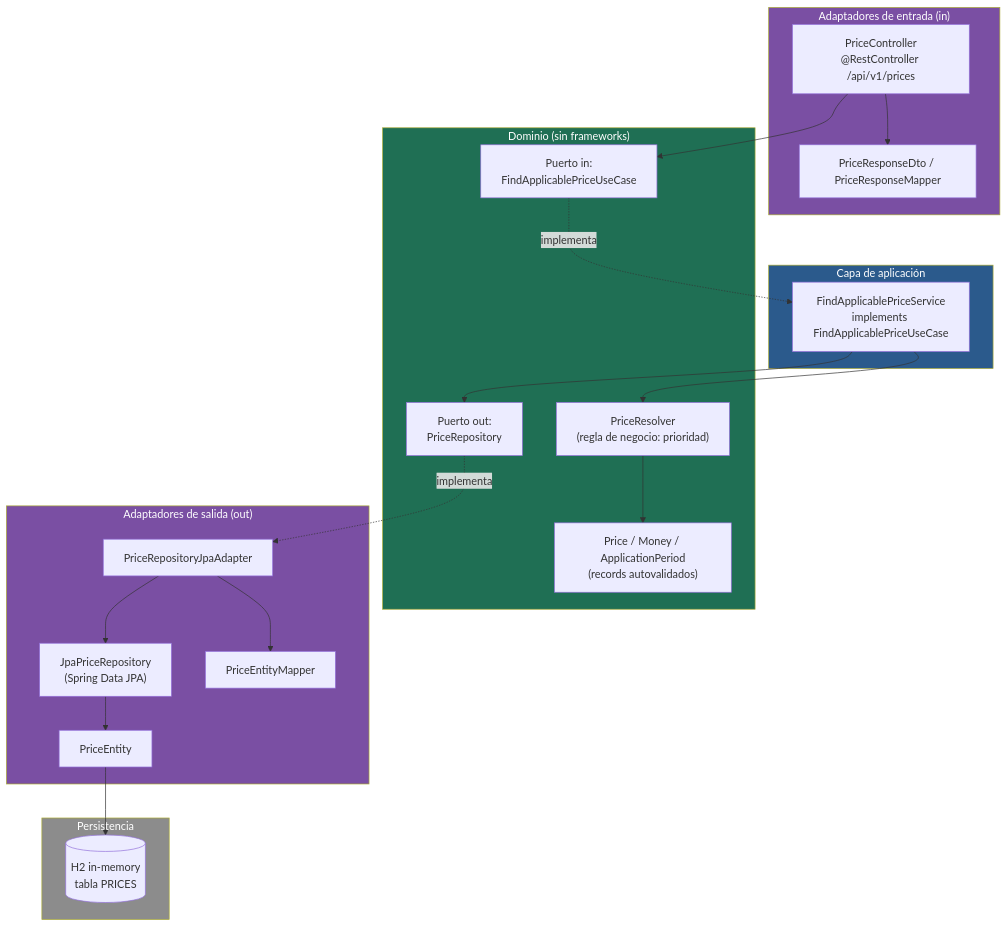
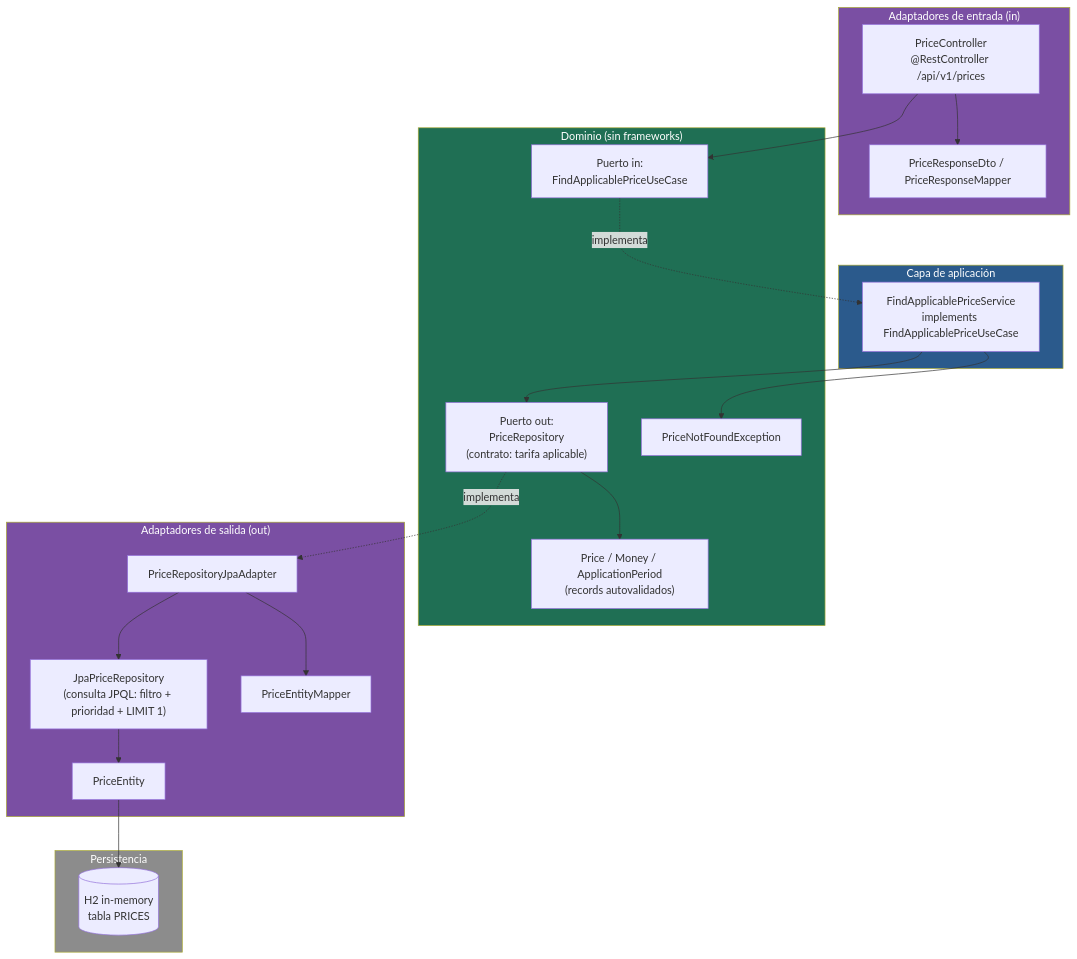
One commit to emanuelmcp/bcnc-inditex changed the first of 6 diagrams in README.md. Above: the diagram before and after it, drawn with Mermaid. The commit also changed other lines of this file, not shown here.

````diff
--- a/README.md
+++ b/README.md
@@ -71,47 +71,47 @@
 ```mermaid
 flowchart TB
   subgraph IN["Adaptadores de entrada (in)"]
     Controller["PriceController<br/>@RestController /api/v1/prices"]
     DtoIn["PriceResponseDto / PriceResponseMapper"]
   end
 
   subgraph APP["Capa de aplicación"]
     Service["FindApplicablePriceService<br/>implements FindApplicablePriceUseCase"]
   end
 
   subgraph DOMAIN["Dominio (sin frameworks)"]
     UseCasePort["Puerto in:<br/>FindApplicablePriceUseCase"]
-    RepoPort["Puerto out:<br/>PriceRepository"]
-    Resolver["PriceResolver<br/>(regla de negocio: prioridad)"]
+    RepoPort["Puerto out:<br/>PriceRepository<br/>(contrato: tarifa aplicable)"]
     Models["Price / Money / ApplicationPeriod<br/>(records autovalidados)"]
+    Errors["PriceNotFoundException"]
   end
 
   subgraph OUT["Adaptadores de salida (out)"]
     Adapter["PriceRepositoryJpaAdapter"]
-    Jpa["JpaPriceRepository<br/>(Spring Data JPA)"]
+    Jpa["JpaPriceRepository<br/>(consulta JPQL: filtro + prioridad + LIMIT 1)"]
     Entity["PriceEntity"]
     EntityMapper["PriceEntityMapper"]
   end
 
   subgraph DB["Persistencia"]
     H2[("H2 in-memory<br/>tabla PRICES")]
   end
 
   Controller --> DtoIn
   Controller --> UseCasePort
   UseCasePort -. implementa .-> Service
-  Service --> Resolver
   Service --> RepoPort
-  Resolver --> Models
+  Service --> Errors
+  RepoPort --> Models
   RepoPort -. implementa .-> Adapter
   Adapter --> Jpa
   Adapter --> EntityMapper
   Jpa --> Entity
   Entity --> H2
 
   style DOMAIN fill:#1f6f54,color:#fff
   style APP fill:#2b5a8c,color:#fff
   style IN fill:#7a4fa3,color:#fff
   style OUT fill:#7a4fa3,color:#fff
   style DB fill:#8c8c8c,color:#fff
 ```
````
